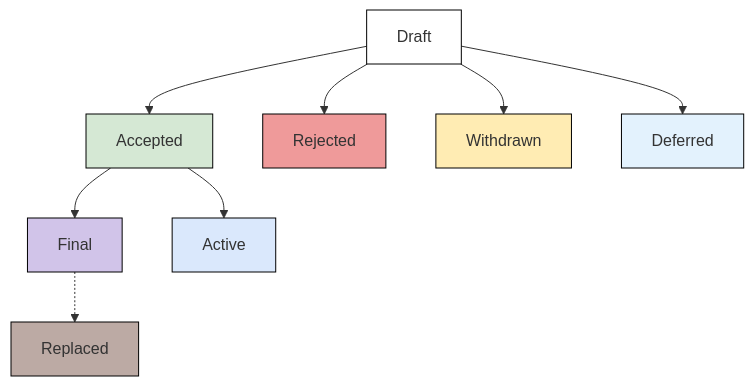
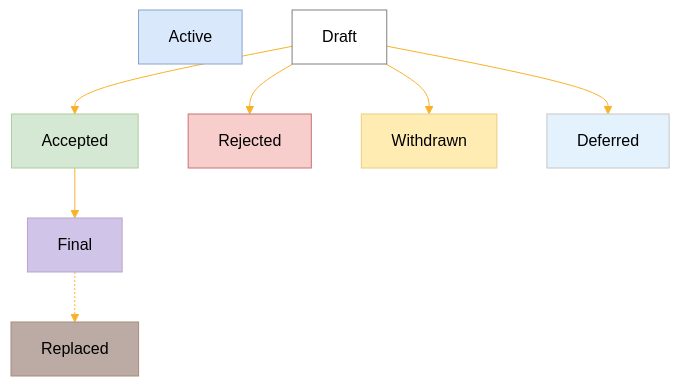
One commit to pactus-project/PIPs changed the diagram in PIPs/pip-1.md. Above: the diagram before and after it, drawn with Mermaid. The commit also changed other lines of this file and 1 other file, not shown here.

Commit message:
[PIP-1] update for template and diagram (#190)

````diff
--- a/PIPs/pip-1.md
+++ b/PIPs/pip-1.md
@@ -39,18 +39,30 @@
 ```mermaid!
+%%{
+  init: {
+    'theme': 'base',
+    'themeVariables': {
+      'primaryTextColor': '#000',
+      'lineColor': '#F8B229',
+      'tertiaryColor': '#fff'
+    }
+  }
+}%%
+
 flowchart TD
+    Active
     Draft --> Accepted
     Draft --> Rejected
     Draft --> Withdrawn
     Draft --> Deferred
     Accepted --> Final
     Final -.-> Replaced
-    Accepted --> Active
-    style Draft fill:#ffffff,stroke:#000000
-    style Accepted fill:#d5e8d4,stroke:#000000
-    style Final fill:#d1c4e9,stroke:#000000
-    style Replaced fill:#bcaaa4,stroke:#000000
-    style Rejected fill:#ef9a9a,stroke:#000000
-    style Withdrawn fill:#ffecb3,stroke:#000000
-    style Deferred fill:#e3f2fd,stroke:#000000
-    style Active fill:#dae8fc,stroke:#000000
+
+    style Draft fill:#ffffff,stroke:#808080
+    style Accepted fill:#d5e8d4,stroke:#abce9d
+    style Final fill:#d1c4e9,stroke:#bba4c7
+    style Replaced fill:#bcaaa4,stroke:#a58d7a
+    style Rejected fill:#f8cecc,stroke:#c67572
+    style Withdrawn fill:#ffecb3,stroke:#ebcd80
+    style Deferred fill:#e3f2fd,stroke:#c6c6c6
+    style Active fill:#dae8fc,stroke:#88a4cb
 ```
````
